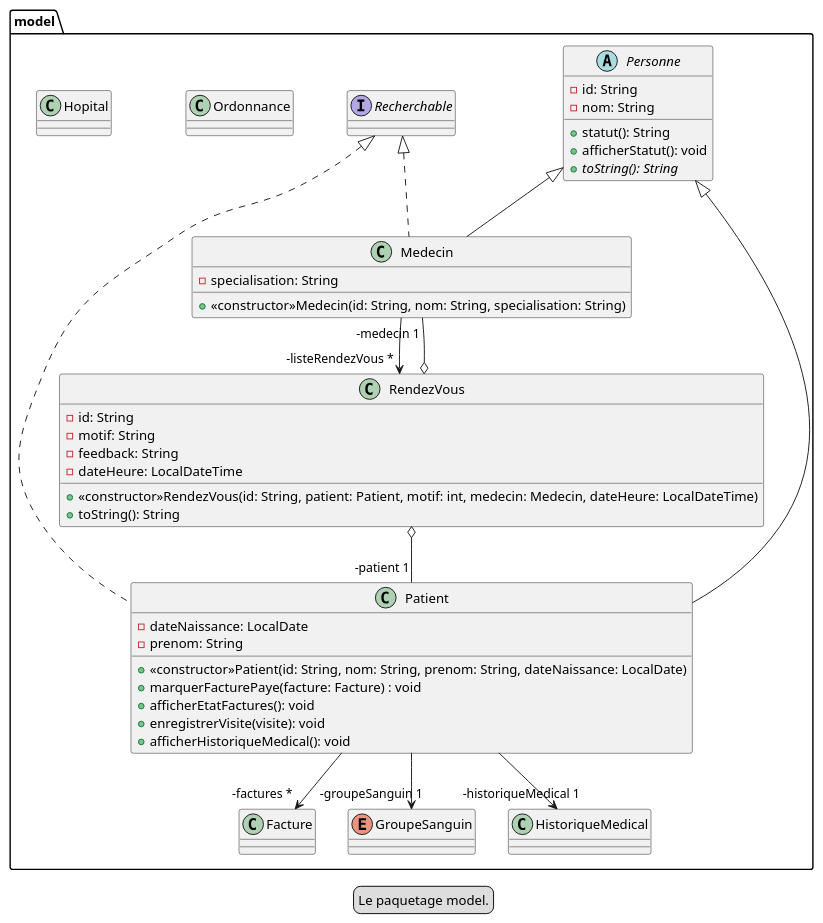
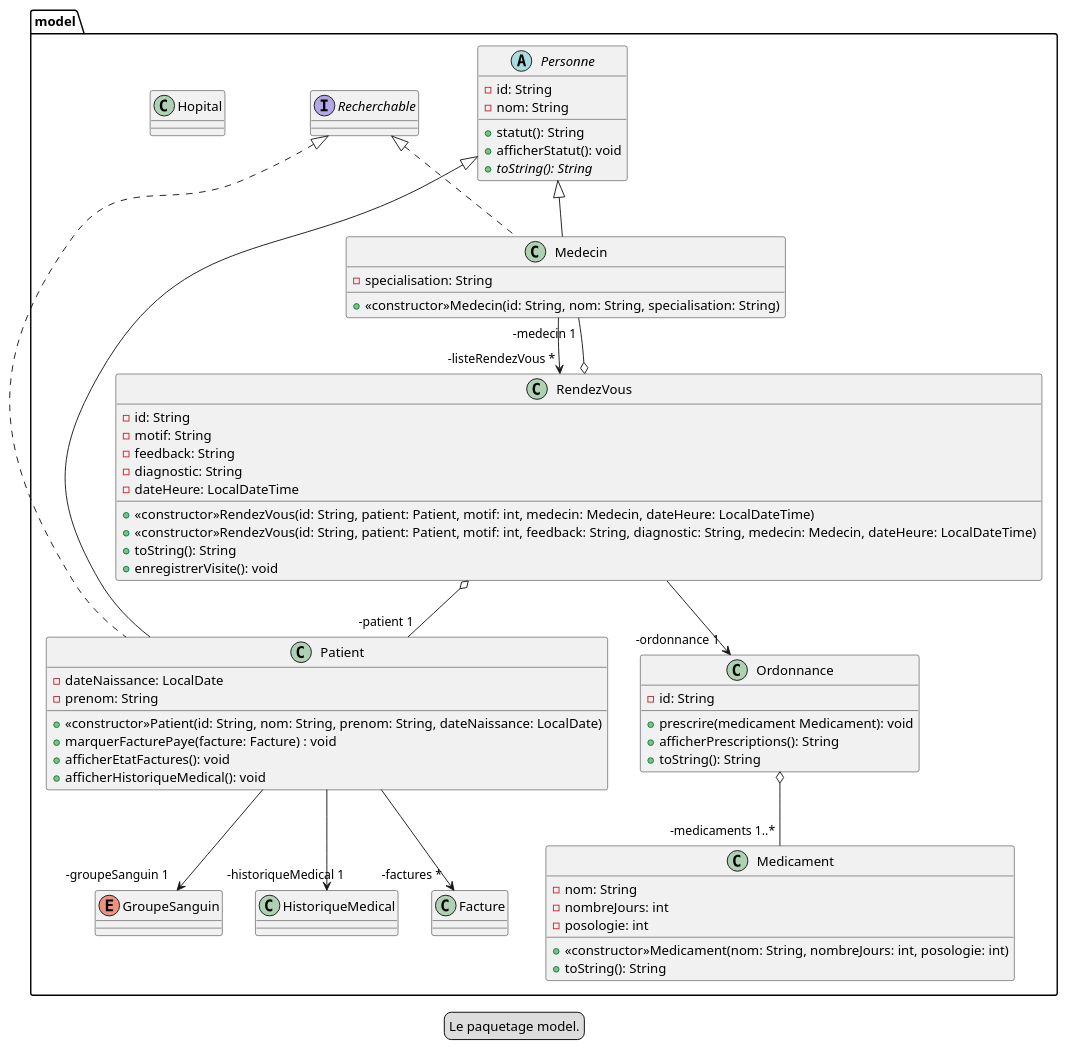
Before and after one commit to carlkolodziejski/hopital: the diagram in plantuml/diagrammeModele.puml, drawn with PlantUML.

Commit message:
Remplissage des classes Ordonnance et Medicament

```diff
--- a/plantuml/diagrammeModele.puml
+++ b/plantuml/diagrammeModele.puml
@@ -1,70 +1,89 @@
 @startuml
 
 legend Le paquetage model.
 
 package model {
 
     abstract class Personne {
         -id: String
         -nom: String
 
         +statut(): String
         +afficherStatut(): void
         +{abstract}toString(): String
     }
 
     class Patient extends Personne implements Recherchable {
         -dateNaissance: LocalDate
         -prenom: String
 
         +<<constructor>>Patient(id: String, nom: String, prenom: String, dateNaissance: LocalDate)
         +marquerFacturePaye(facture: Facture) : void
         +afficherEtatFactures(): void
-        +enregistrerVisite(visite): void
         +afficherHistoriqueMedical(): void
     }
 
 
     class Medecin extends Personne implements Recherchable {
         -specialisation: String
 
         +<<constructor>>Medecin(id: String, nom: String, specialisation: String)
     }
 
     class RendezVous {
         -id: String
         -motif: String
         -feedback: String
+        -diagnostic: String
         -dateHeure: LocalDateTime
 
         +<<constructor>>RendezVous(id: String, patient: Patient, motif: int, medecin: Medecin, dateHeure: LocalDateTime)
+        +<<constructor>>RendezVous(id: String, patient: Patient, motif: int, feedback: String, diagnostic: String, medecin: Medecin, dateHeure: LocalDateTime)
+        +toString(): String
+        +enregistrerVisite(): void
+    }
+
+    class Ordonnance {
+        -id: String
+
+        +prescrire(medicament Medicament): void
+        +afficherPrescriptions(): String
         +toString(): String
     }
 
-    class Ordonnance {
+    class Medicament {
+        -nom: String
+        -nombreJours: int
+        -posologie: int
+
+        +<<constructor>>Medicament(nom: String, nombreJours: int, posologie: int)
+        +toString(): String
     }
 
     class Facture {
     }
 
     class Hopital {
     }
 
     interface Recherchable {
     }
 
     enum GroupeSanguin {
     }
 
     Patient --> "-factures *" Facture
     Patient --> "-groupeSanguin 1" GroupeSanguin
     Patient --> "-historiqueMedical 1" HistoriqueMedical
 
     Medecin --> "-listeRendezVous *" RendezVous
 
     RendezVous o-- "-medecin 1" Medecin
     RendezVous o-- "-patient 1" Patient
+    RendezVous --> "-ordonnance 1" Ordonnance
+
+    Ordonnance o-- "-medicaments 1..*" Medicament
 
 }
 
 @enduml
```
